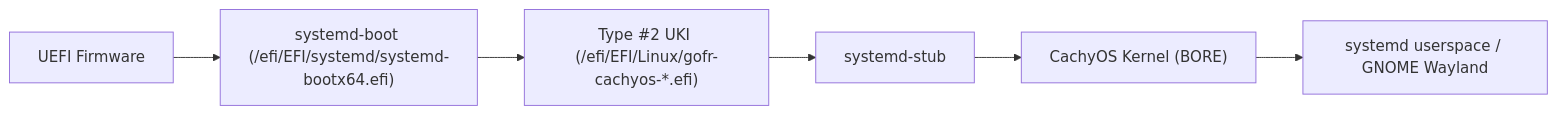
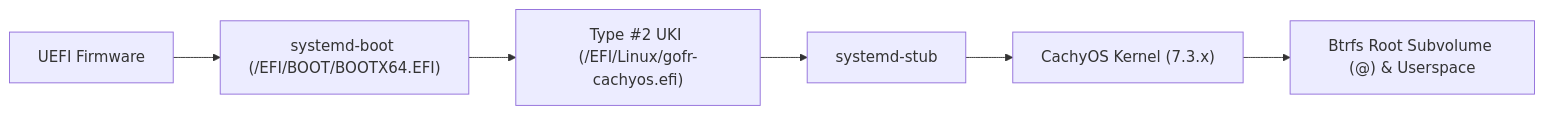
Before and after one commit to GlitchSlayed/GOFR: the diagram in docs/ARCHITECTURE.md, drawn with Mermaid. The commit also changed other lines of this file and 21 other files, not shown here.

Commit message:
feat(core): complete GOFR packaging, disk image builder, ISO composition, and UEFI boot validation

````diff
--- a/docs/ARCHITECTURE.md
+++ b/docs/ARCHITECTURE.md
@@ -53,8 +35,8 @@
 ```mermaid
 flowchart LR
-    A["UEFI Firmware"] --> B["systemd-boot (/efi/EFI/systemd/systemd-bootx64.efi)"]
-    B --> C["Type #2 UKI (/efi/EFI/Linux/gofr-cachyos-*.efi)"]
+    A["UEFI Firmware"] --> B["systemd-boot (/EFI/BOOT/BOOTX64.EFI)"]
+    B --> C["Type #2 UKI (/EFI/Linux/gofr-cachyos.efi)"]
     C --> D["systemd-stub"]
-    D --> E["CachyOS Kernel (BORE)"]
-    E --> F["systemd userspace / GNOME Wayland"]
+    D --> E["CachyOS Kernel (7.3.x)"]
+    E --> F["Btrfs Root Subvolume (@) & Userspace"]
 ```
````
